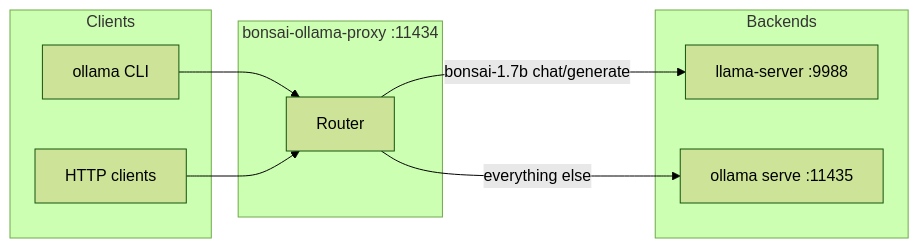
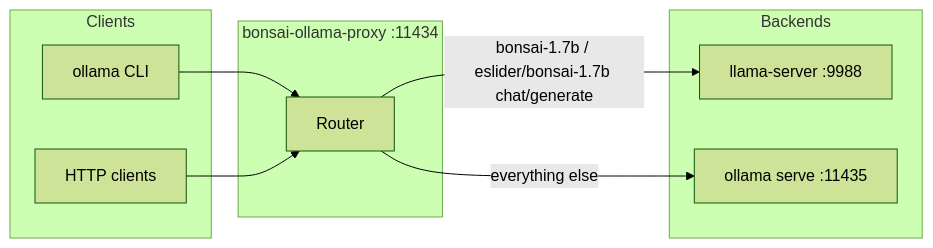
One commit to eSlider/bonsai-ollama changed the diagram in README.md. Above: the diagram before and after it, drawn with Mermaid (forest theme). The commit also changed other lines of this file, not shown here.

````diff
--- a/README.md
+++ b/README.md
@@ -45,18 +47,18 @@
 ```mermaid
 flowchart LR
   subgraph clients [Clients]
     CLI[ollama CLI]
     API[HTTP clients]
   end
   subgraph proxy [bonsai-ollama-proxy :11434]
     R[Router]
   end
   subgraph backends [Backends]
     LS[llama-server :9988]
     OS[ollama serve :11435]
   end
   CLI --> R
   API --> R
-  R -->|"bonsai-1.7b chat/generate"| LS
+  R -->|"bonsai-1.7b / eslider/bonsai-1.7b chat/generate"| LS
   R -->|"everything else"| OS
 ```
````
